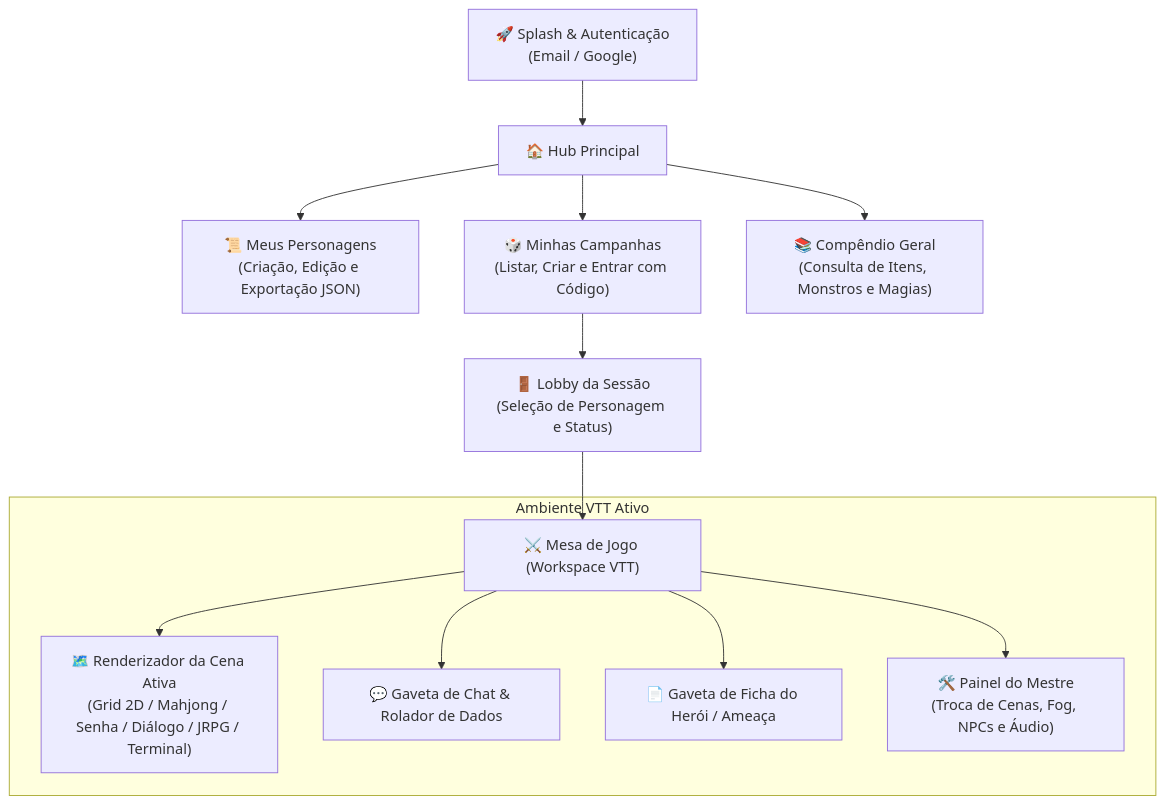
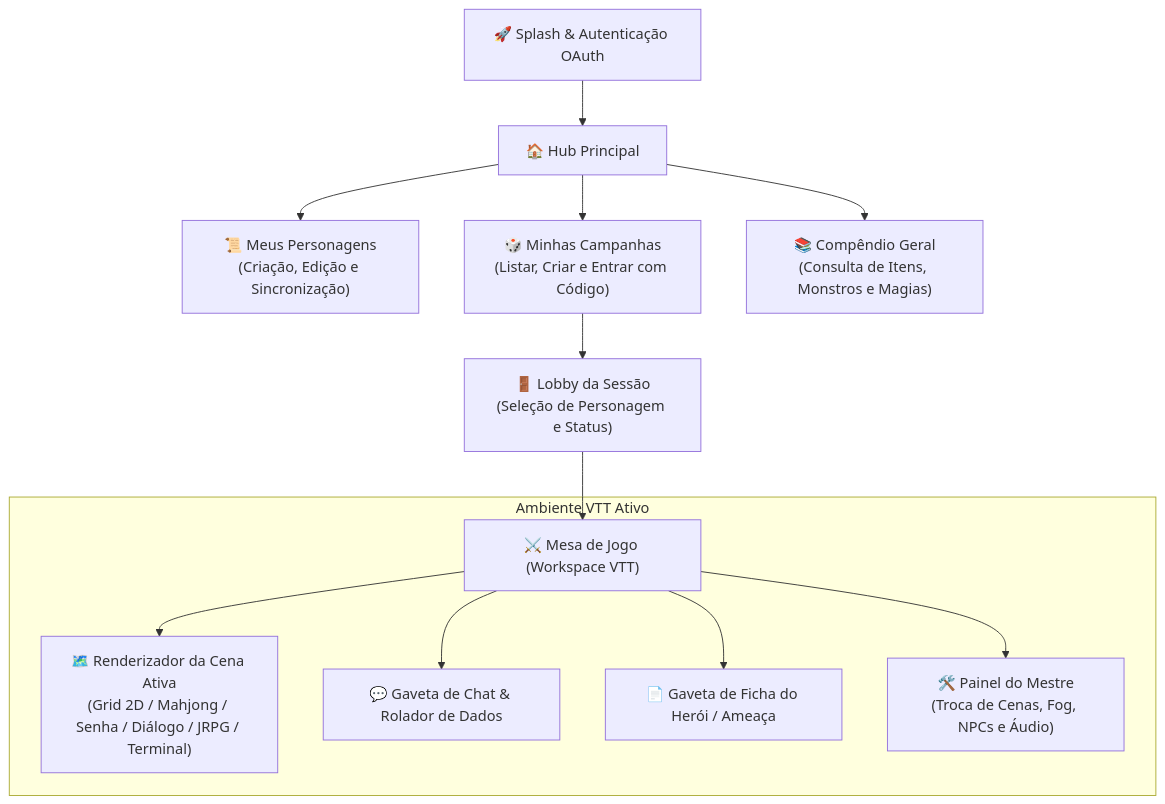
Before and after one commit to TrevorSalazar66/ArcanaVTT-v2: the eighth of 8 diagrams in rascunho-idealizacao.md, drawn with Mermaid. The commit also changed other lines of this file, not shown here.

````diff
--- a/rascunho-idealizacao.md
+++ b/rascunho-idealizacao.md
@@ -183,18 +754,18 @@
 ```mermaid
 flowchart TD
-    SPLASH["🚀 Splash & Autenticação\n(Email / Google)"] --> HUB["🏠 Hub Principal"]
+    SPLASH["🚀 Splash & Autenticação OAuth"] --> HUB["🏠 Hub Principal"]
     
-    HUB --> CHARS["📜 Meus Personagens\n(Criação, Edição e Exportação JSON)"]
+    HUB --> CHARS["📜 Meus Personagens\n(Criação, Edição e Sincronização)"]
     HUB --> CAMPS["🎲 Minhas Campanhas\n(Listar, Criar e Entrar com Código)"]
     HUB --> COMP["📚 Compêndio Geral\n(Consulta de Itens, Monstros e Magias)"]
     
     CAMPS --> LOBBY["🚪 Lobby da Sessão\n(Seleção de Personagem e Status)"]
     LOBBY --> VTT["⚔️ Mesa de Jogo (Workspace VTT)"]
     
     subgraph VTT_ROOM["Ambiente VTT Ativo"]
         VTT --> CANVAS["🗺️ Renderizador da Cena Ativa\n(Grid 2D / Mahjong / Senha / Diálogo / JRPG / Terminal)"]
         VTT --> CHAT_DRAWER["💬 Gaveta de Chat & Rolador de Dados"]
         VTT --> SHEET_DRAWER["📄 Gaveta de Ficha do Herói / Ameaça"]
         VTT --> GM_TOOLBOX["🛠️ Painel do Mestre\n(Troca de Cenas, Fog, NPCs e Áudio)"]
     end
 ```
````
